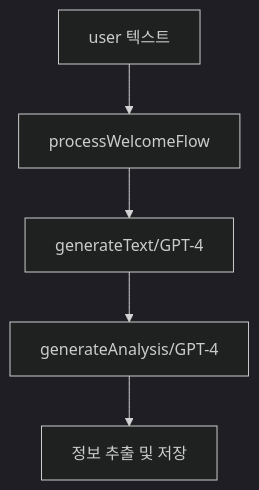
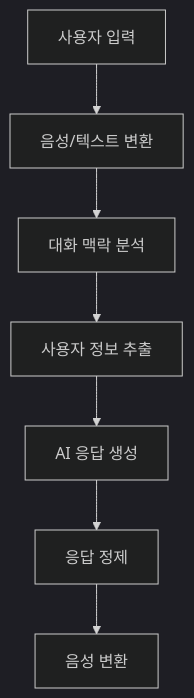
The first of 4 diagrams in README.md (Team-BBanana/grimMadang-nest-ai), drawn with Mermaid (dark theme) before and after one commit. The commit also changed other lines of this file, not shown here.

````diff
--- a/README.md
+++ b/README.md
@@ -266,7 +263,9 @@
 ```mermaid
-graph TD
-    A[user 텍스트] --> B[processWelcomeFlow]
-    B --> C[generateText/GPT-4]
-    C --> D[generateAnalysis/GPT-4]
-    D --> E[정보 추출 및 저장]
+flowchart TB
+    A[사용자 입력] --> B[음성/텍스트 변환]
+    B --> C[대화 맥락 분석]
+    C --> D[사용자 정보 추출]
+    D --> E[AI 응답 생성]
+    E --> F[응답 정제]
+    F --> G[음성 변환]
 ```
````
